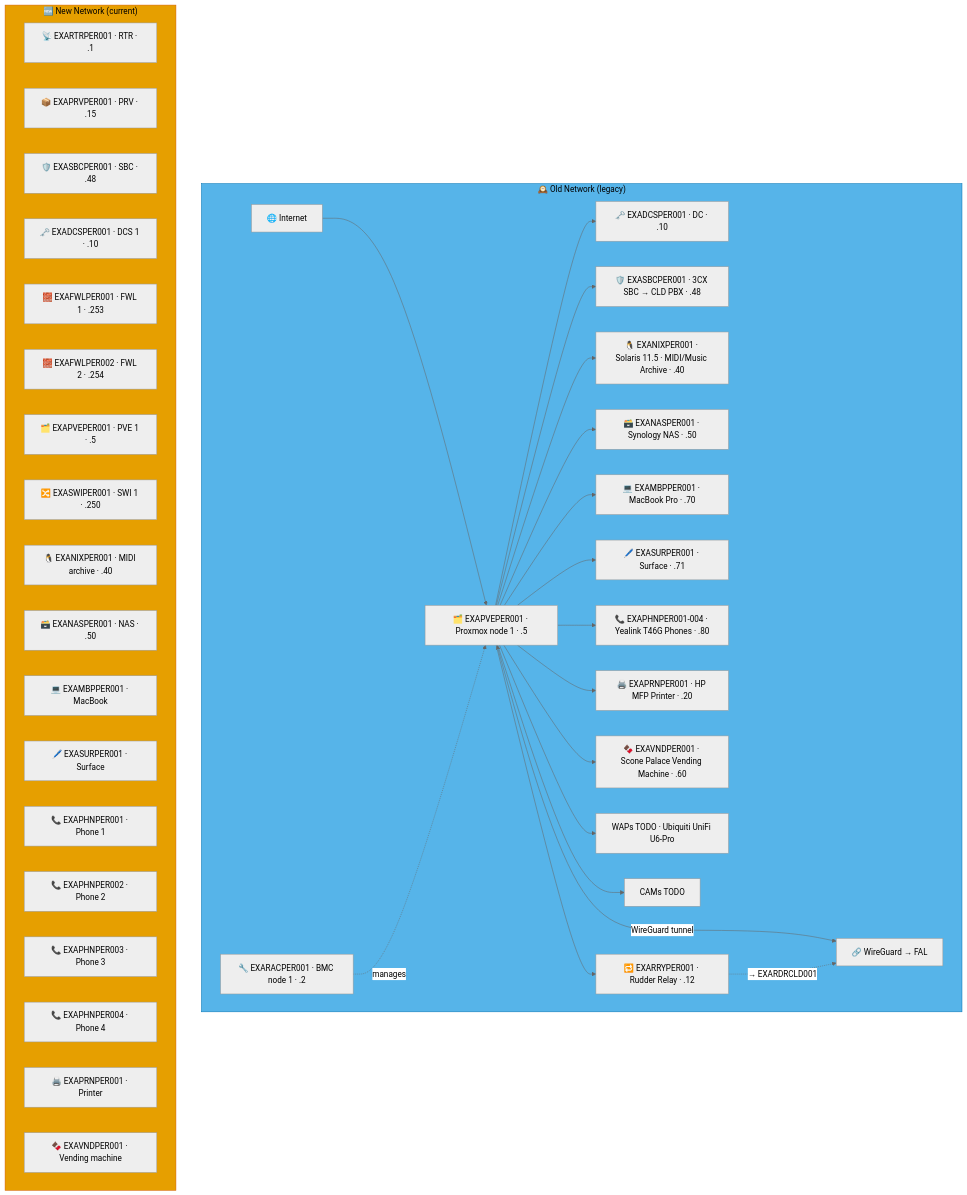
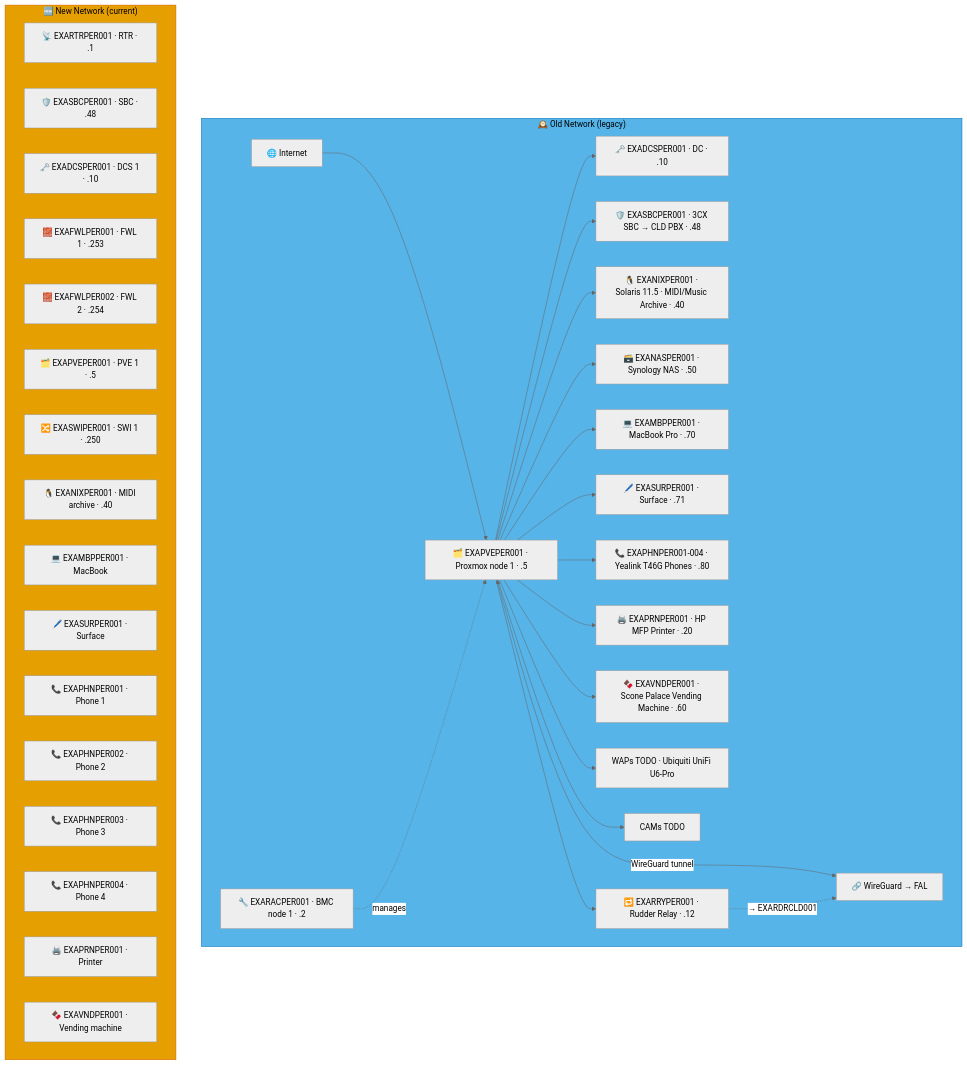
Before and after one commit to knightmare2600/example_music_infra: the sixth of 7 diagrams in docs/network-diagram/scotland.md, drawn with Mermaid (neutral theme). The commit also changed other lines of this file and 55 other files, not shown here.

````diff
--- a/docs/network-diagram/scotland.md
+++ b/docs/network-diagram/scotland.md
@@ -405,54 +399,52 @@
 ```mermaid
 graph TD
     subgraph OLD_PER ["🕰️ Old Network (legacy)"]
       INET["🌐 Internet"]
       RAC["🔧 EXARACPER001 · BMC node 1 · .2"]
       PVE["🗂️ EXAPVEPER001 · Proxmox node 1 · .5"]
       DC["🗝️ EXADCSPER001 · DC · .10"]
       SBC["🛡️ EXASBCPER001 · 3CX SBC → CLD PBX · .48"]
       RRY["🔁 EXARRYPER001 · Rudder Relay · .12"]
       NIX["🐧 EXANIXPER001 · Solaris 11.5 · MIDI/Music Archive · .40"]
       NAS["🗃️ EXANASPER001 · Synology NAS · .50"]
       MBP["💻 EXAMBPPER001 · MacBook Pro · .70"]
       SUR["🖊️ EXASURPER001 · Surface · .71"]
       PHN["📞 EXAPHNPER001-004 · Yealink T46G Phones · .80"]
       PRN["🖨️ EXAPRNPER001 · HP MFP Printer · .20"]
       VND["🍫 EXAVNDPER001 · Scone Palace Vending Machine · .60"]
       WAP["WAPs TODO · Ubiquiti UniFi U6-Pro"]
       CAM["CAMs TODO"]
       VPN["🔗 WireGuard → FAL"]
 
       INET --> PVE
       PVE --> DC & SBC & NIX & NAS
       RAC -.->|"manages"| PVE
       PVE --> MBP & SUR & PHN & PRN & VND & WAP & CAM
       PVE <-->|"WireGuard tunnel"| VPN
 
       PVE --> RRY
       RRY -. "→ EXARDRCLD001" .-> VPN
     end
     style OLD_PER fill:#56B4E9,stroke:#0072B2,color:#000000
     %% GENERATED:NEW-NETWORK:PER:START
     subgraph NEW_PER ["🆕 New Network (current)"]
       N_RTR["📡 EXARTRPER001 · RTR · .1"]
-      N_PRV["📦 EXAPRVPER001 · PRV · .15"]
       N_SBC["🛡️ EXASBCPER001 · SBC · .48"]
       N_DCS["🗝️ EXADCSPER001 · DCS 1 · .10"]
       N_FWL["🧱 EXAFWLPER001 · FWL 1 · .253"]
       N_FWL2["🧱 EXAFWLPER002 · FWL 2 · .254"]
       N_PVE["🗂️ EXAPVEPER001 · PVE 1 · .5"]
       N_SWI["🔀 EXASWIPER001 · SWI 1 · .250"]
       N_NIX["🐧 EXANIXPER001 · MIDI archive · .40"]
-      N_NAS["🗃️ EXANASPER001 · NAS · .50"]
       N_MBP["💻 EXAMBPPER001 · MacBook"]
       N_SUR["🖊️ EXASURPER001 · Surface"]
       N_PHN["📞 EXAPHNPER001 · Phone 1"]
       N_PHN2["📞 EXAPHNPER002 · Phone 2"]
       N_PHN3["📞 EXAPHNPER003 · Phone 3"]
       N_PHN4["📞 EXAPHNPER004 · Phone 4"]
       N_PRN["🖨️ EXAPRNPER001 · Printer"]
       N_VND["🍫 EXAVNDPER001 · Vending machine"]
     end
     style NEW_PER fill:#E69F00,stroke:#D55E00,color:#000000
     %% GENERATED:NEW-NETWORK:PER:END
 ```
````
